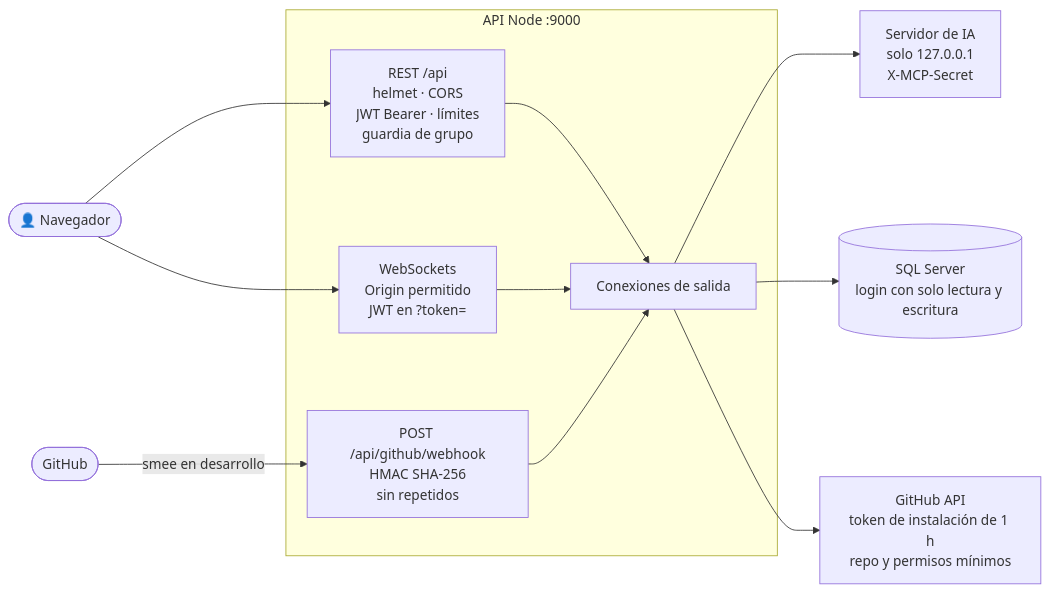
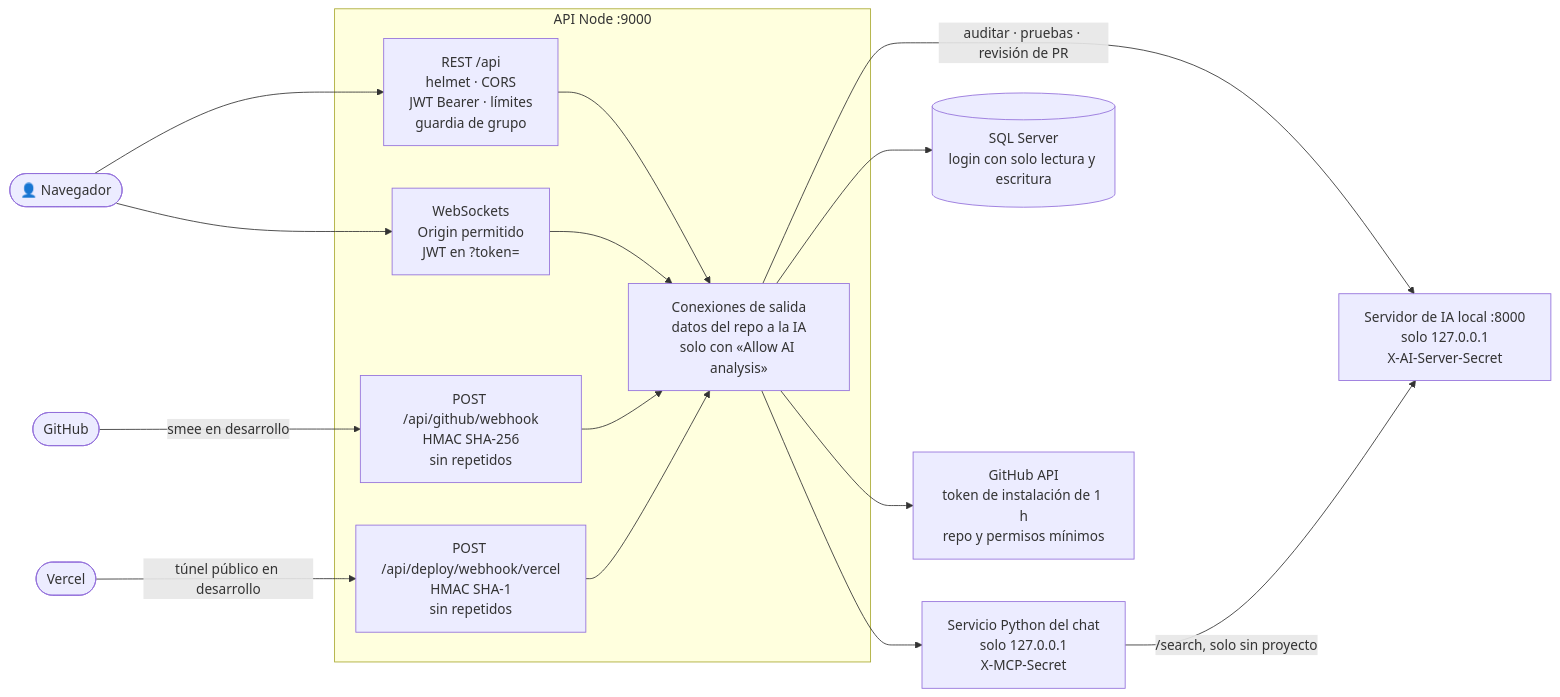
The diagram in documentacion/02-arquitectura/00-seguridad.md (PabloP150/proyecto-is-cc6), drawn with Mermaid before and after one commit. The commit also changed other lines of this file and 204 other files, not shown here.

First line of the commit message:
docs: update all documentation, diagrams and PNGs to the test/e2e state

````diff
--- a/documentacion/02-arquitectura/00-seguridad.md
+++ b/documentacion/02-arquitectura/00-seguridad.md
@@ -5,24 +5,31 @@
 ```mermaid
 flowchart LR
     nav(["👤 Navegador"])
     gh(["GitHub"])
+    vc(["Vercel"])
     subgraph API["API Node :9000"]
         rest["REST /api<br/>helmet · CORS<br/>JWT Bearer · límites<br/>guardia de grupo"]
         ws["WebSockets<br/>Origin permitido<br/>JWT en ?token="]
         hook["POST /api/github/webhook<br/>HMAC SHA-256<br/>sin repetidos"]
-        cli["Conexiones de salida"]
+        vhook["POST /api/deploy/webhook/vercel<br/>HMAC SHA-1<br/>sin repetidos"]
+        cli["Conexiones de salida<br/>datos del repo a la IA<br/>solo con «Allow AI analysis»"]
     end
-    ia["Servidor de IA<br/>solo 127.0.0.1<br/>X-MCP-Secret"]
+    py["Servicio Python del chat<br/>solo 127.0.0.1<br/>X-MCP-Secret"]
+    ai["Servidor de IA local :8000<br/>solo 127.0.0.1<br/>X-AI-Server-Secret"]
     db[("SQL Server<br/>login con solo lectura y escritura")]
     ghapi["GitHub API<br/>token de instalación de 1 h<br/>repo y permisos mínimos"]
 
     nav --> rest
     nav --> ws
     gh -->|"smee en desarrollo"| hook
+    vc -->|"túnel público en desarrollo"| vhook
     rest --> cli
     ws --> cli
     hook --> cli
-    cli --> ia
+    vhook --> cli
+    cli --> py
+    cli -->|"auditar · pruebas · revisión de PR"| ai
+    py -->|"/search, solo sin proyecto"| ai
     cli --> db
     cli --> ghapi
 ```
````
